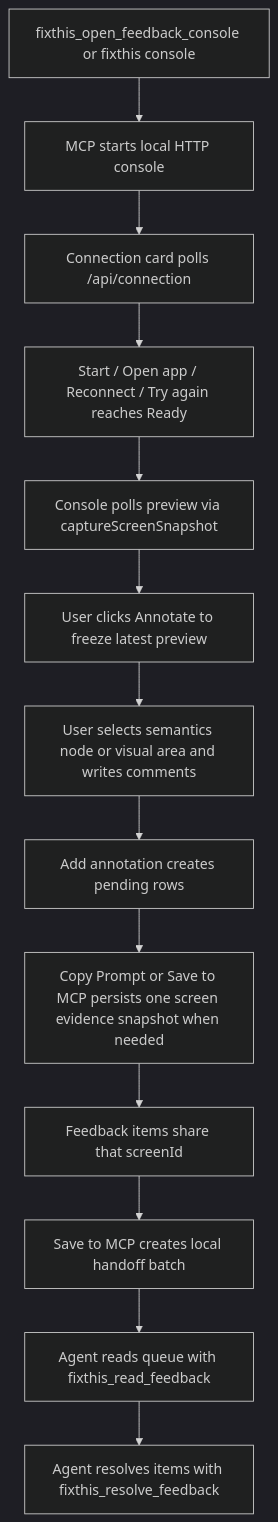
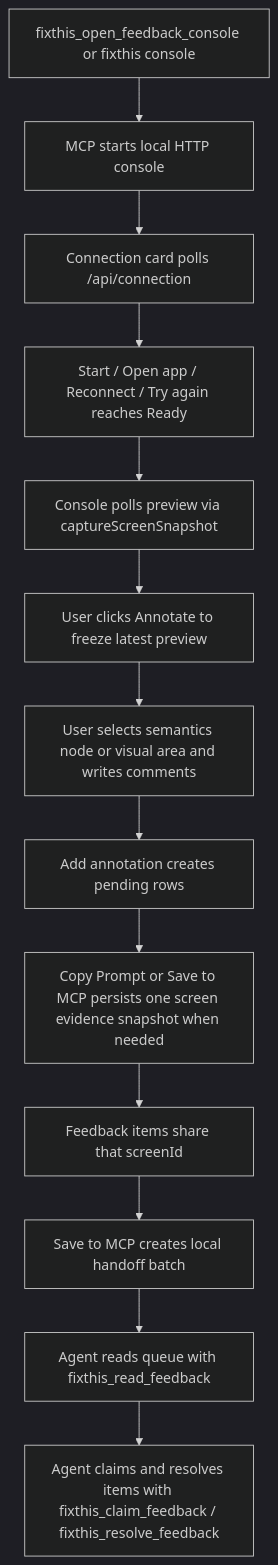
The second of 2 diagrams in docs/architecture/overview.md (beyondwin/FixThis), drawn with Mermaid (dark theme) before and after one commit. The commit also changed other lines of this file and 24 other files, not shown here.

````diff
--- a/docs/architecture/overview.md
+++ b/docs/architecture/overview.md
@@ -214,15 +216,15 @@
 ```mermaid
 flowchart TD
     A["fixthis_open_feedback_console or fixthis console"] --> B["MCP starts local HTTP console"]
     B --> C["Connection card polls /api/connection"]
     C --> D["Start / Open app / Reconnect / Try again reaches Ready"]
     D --> E["Console polls preview via captureScreenSnapshot"]
     E --> F["User clicks Annotate to freeze latest preview"]
     F --> G["User selects semantics node or visual area and writes comments"]
     G --> H["Add annotation creates pending rows"]
     H --> I["Copy Prompt or Save to MCP persists one screen evidence snapshot when needed"]
     I --> J["Feedback items share that screenId"]
     J --> K["Save to MCP creates local handoff batch"]
     K --> L["Agent reads queue with fixthis_read_feedback"]
-    L --> M["Agent resolves items with fixthis_resolve_feedback"]
+    L --> M["Agent claims and resolves items with fixthis_claim_feedback / fixthis_resolve_feedback"]
 ```
````
